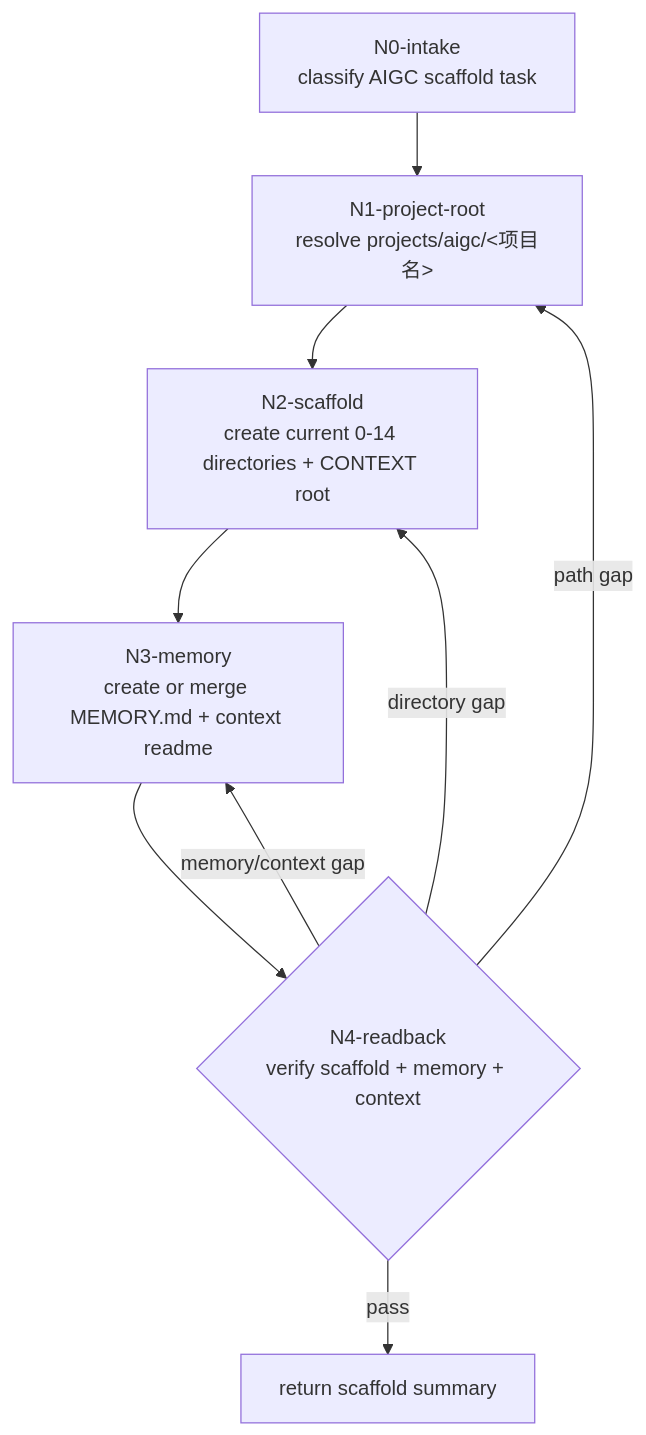
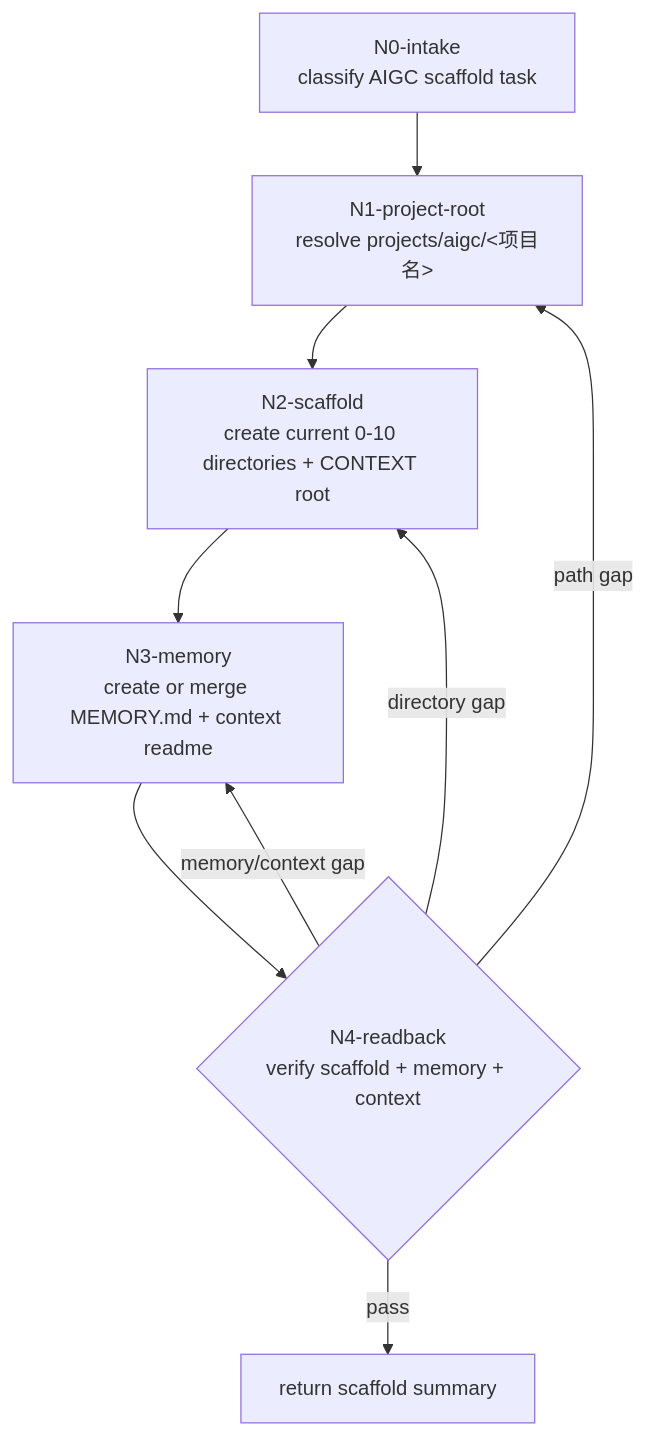
The diagram in .agents/skills/aigc/0-初始化/steps/init-workflow.md (ZEN-VOID/AI-CUT), drawn with Mermaid before and after one commit. The commit also changed other lines of this file and 1012 other files, not shown here.

````diff
--- a/.agents/skills/aigc/0-初始化/steps/init-workflow.md
+++ b/.agents/skills/aigc/0-初始化/steps/init-workflow.md
@@ -15,11 +15,11 @@
 ```mermaid
 flowchart TD
     N0["N0-intake<br/>classify AIGC scaffold task"] --> N1["N1-project-root<br/>resolve projects/aigc/<项目名>"]
-    N1 --> N2["N2-scaffold<br/>create current 0-14 directories + CONTEXT root"]
+    N1 --> N2["N2-scaffold<br/>create current 0-10 directories + CONTEXT root"]
     N2 --> N3["N3-memory<br/>create or merge MEMORY.md + context readme"]
     N3 --> N4{"N4-readback<br/>verify scaffold + memory + context"}
     N4 -->|"pass"| W["return scaffold summary"]
     N4 -->|"path gap"| N1
     N4 -->|"directory gap"| N2
     N4 -->|"memory/context gap"| N3
 ```
````
